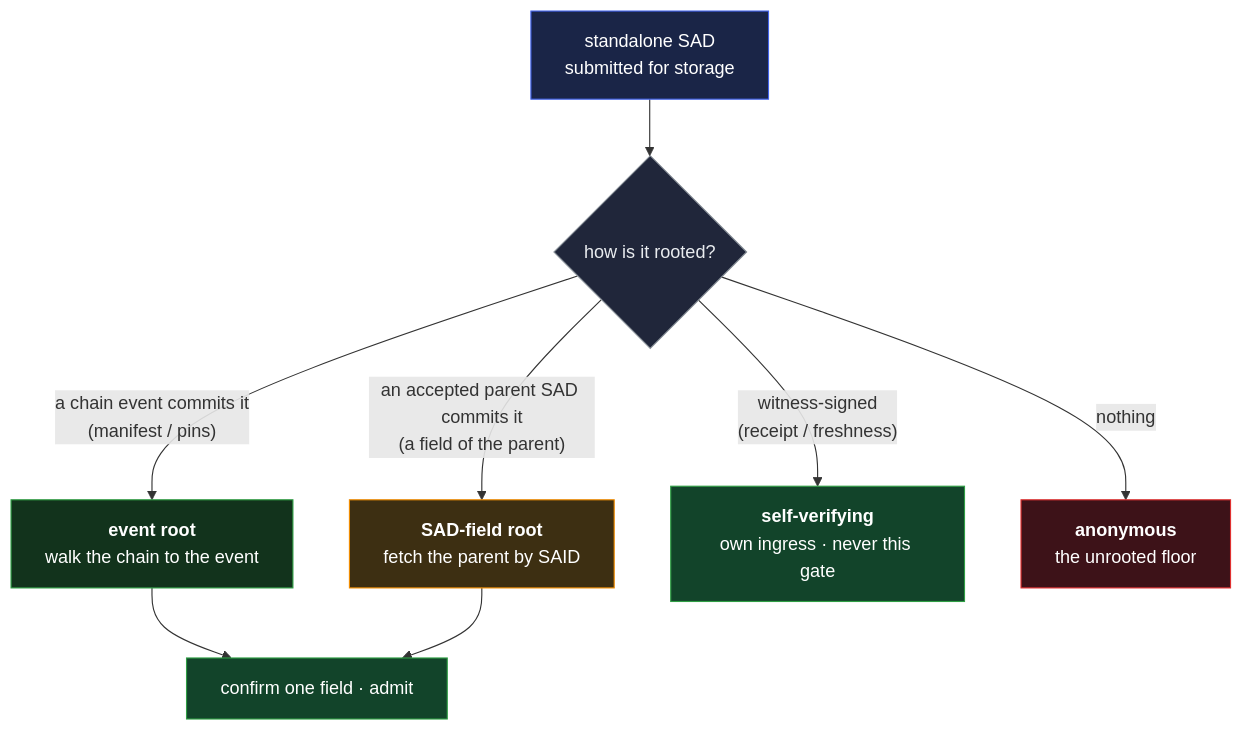
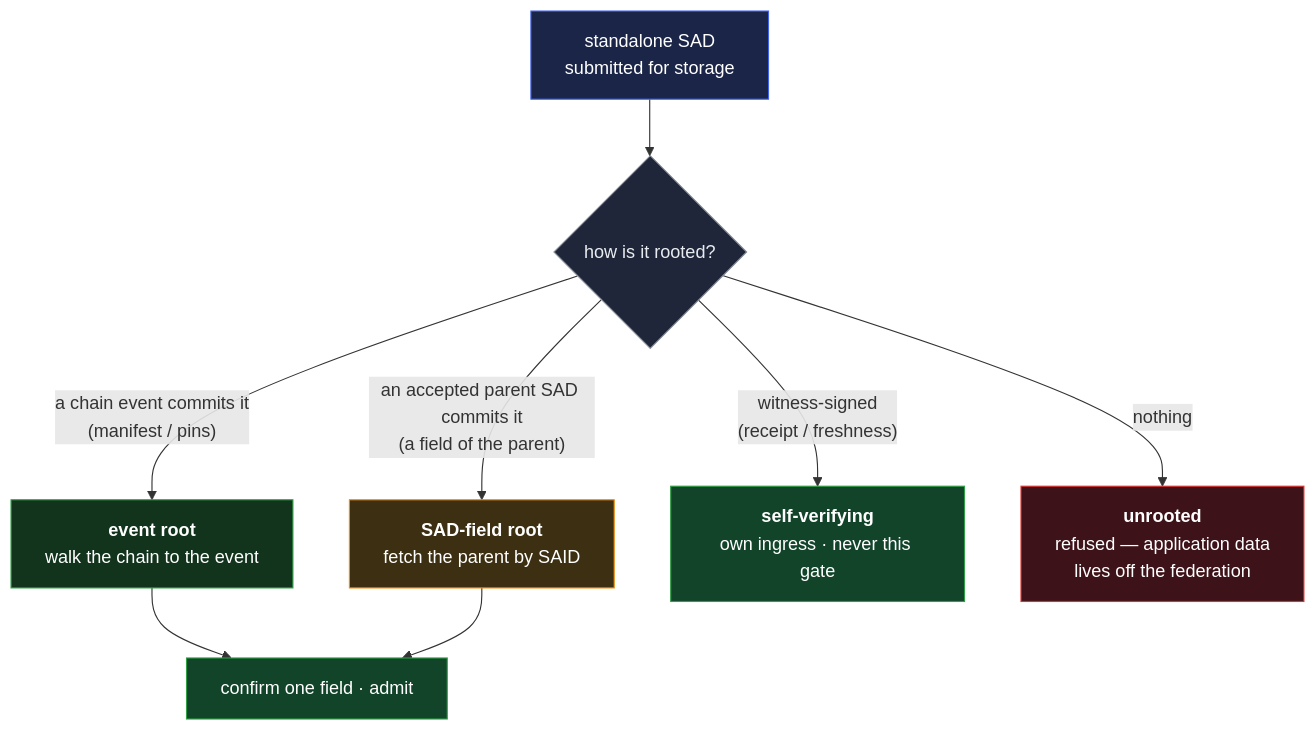
The diagram in docs/design/primitives/data/sad/rooting.md (jasoncolburne/vdti), drawn with Mermaid before and after one commit. The commit also changed other lines of this file and 79 other files, not shown here.

````diff
--- a/docs/design/primitives/data/sad/rooting.md
+++ b/docs/design/primitives/data/sad/rooting.md
@@ -40,16 +40,16 @@
 ```mermaid
 flowchart TD
   s["standalone SAD<br/>submitted for storage"]:::start --> r{"how is it rooted?"}:::q
   r -->|"a chain event commits it<br/>(manifest / pins)"| ev["<b>event root</b><br/>walk the chain to the event"]:::iel
   r -->|"an accepted parent SAD commits it<br/>(a field of the parent)"| sf["<b>SAD-field root</b><br/>fetch the parent by SAID"]:::doc
   r -->|"witness-signed<br/>(receipt / freshness)"| sv["<b>self-verifying</b><br/>own ingress · never this gate"]:::good
-  r -->|"nothing"| an["<b>anonymous</b><br/>the unrooted floor"]:::bad
+  r -->|"nothing"| an["<b>unrooted</b><br/>refused — application data<br/>lives off the federation"]:::bad
   ev --> ok["confirm one field · admit"]:::good
   sf --> ok
   classDef start fill:#1a2547,stroke:#4263eb,color:#fff
   classDef q fill:#20263a,stroke:#868e96,color:#e9ecef
   classDef iel fill:#12331c,stroke:#2f9e44,color:#fff
   classDef doc fill:#3d2f12,stroke:#f08c00,color:#fff
   classDef good fill:#12442a,stroke:#2f9e44,color:#fff
   classDef bad fill:#3d1218,stroke:#e03131,color:#fff
 ```
````
